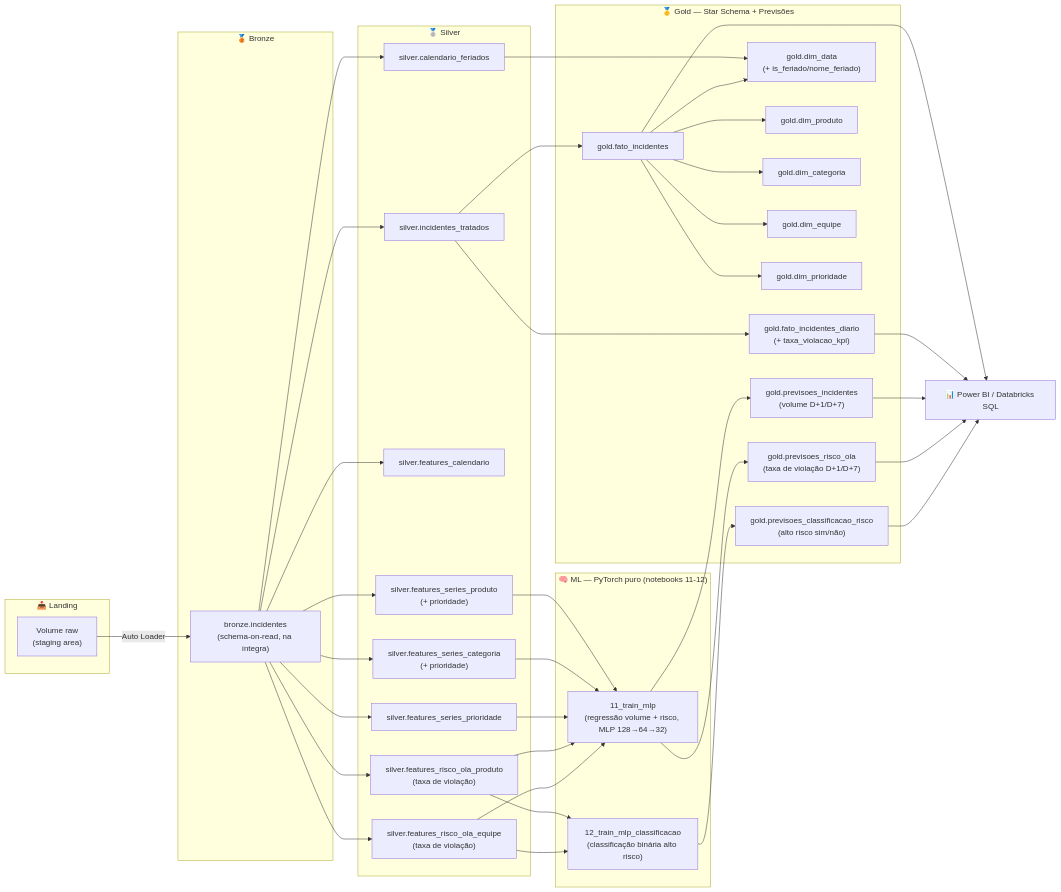
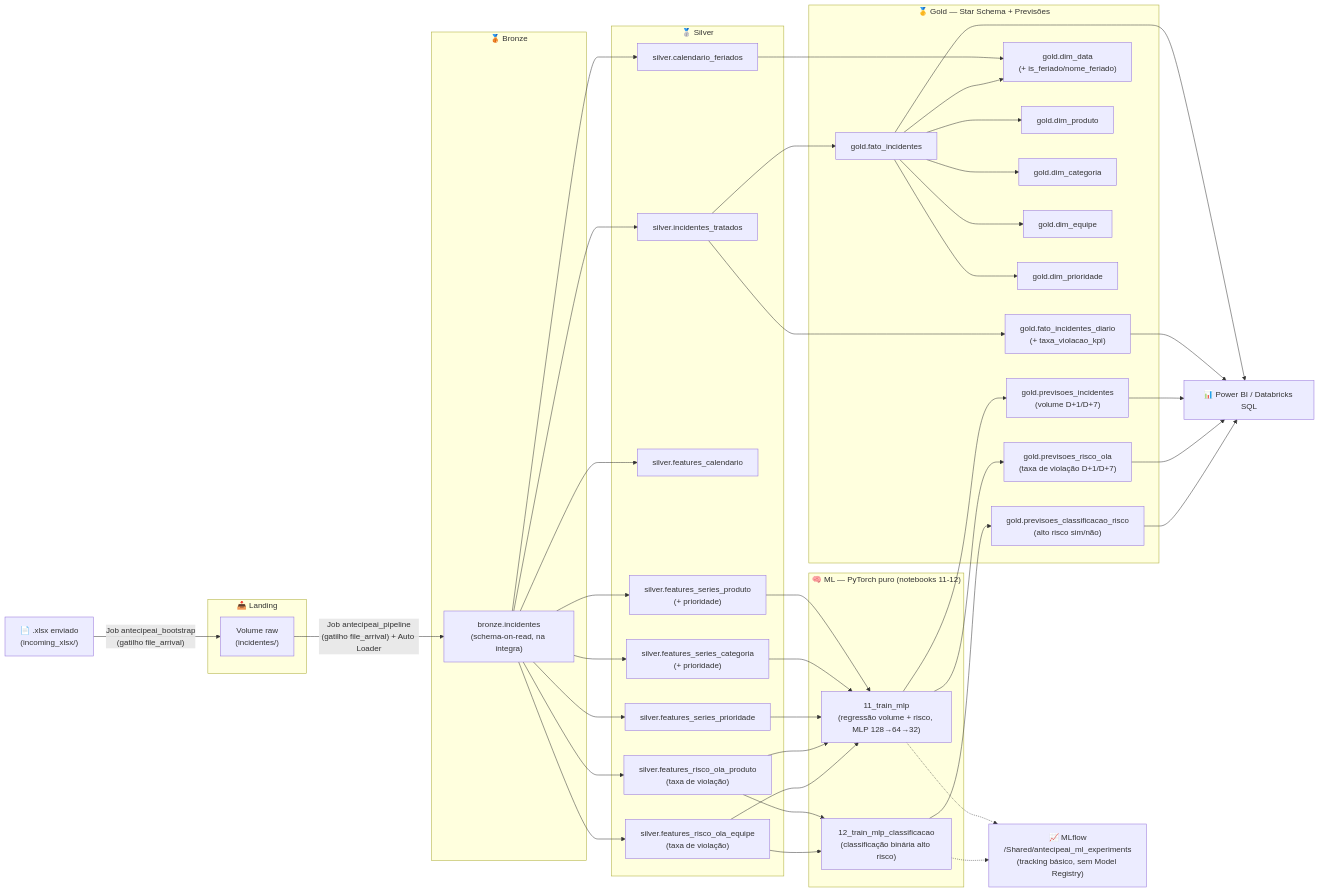
One commit to carlosclaudinolima/antecipeai changed the diagram in README.md. Above: the diagram before and after it, drawn with Mermaid. The commit also changed other lines of this file and 1 other file, not shown here.

````diff
--- a/README.md
+++ b/README.md
@@ -60,66 +60,73 @@
 ```mermaid
 flowchart LR
+    XLSX["📄 .xlsx enviado<br/>(incoming_xlsx/)"]
+
     subgraph Landing["📥 Landing"]
-        V["Volume raw<br/>(staging area)"]
+        V["Volume raw<br/>(incidentes/)"]
     end
 
     subgraph Bronze["🥉 Bronze"]
         B["bronze.incidentes<br/>(schema-on-read, na íntegra)"]
     end
 
     subgraph Silver["🥈 Silver"]
         S1["silver.incidentes_tratados"]
         S2["silver.calendario_feriados"]
         S3["silver.features_calendario"]
         S4["silver.features_series_produto<br/>(+ prioridade)"]
         S5["silver.features_series_categoria<br/>(+ prioridade)"]
         S6["silver.features_series_prioridade"]
         S7["silver.features_risco_ola_produto<br/>(taxa de violação)"]
         S8["silver.features_risco_ola_equipe<br/>(taxa de violação)"]
     end
 
     subgraph ML["🧠 ML — PyTorch puro (notebooks 11-12)"]
         M1["11_train_mlp<br/>(regressão volume + risco, MLP 128→64→32)"]
         M2["12_train_mlp_classificacao<br/>(classificação binária alto risco)"]
     end
 
+    MLFLOW["📈 MLflow<br/>/Shared/antecipeai_ml_experiments<br/>(tracking básico, sem Model Registry)"]
+
     subgraph Gold["🥇 Gold — Star Schema + Previsões"]
         F["gold.fato_incidentes"]
         FA["gold.fato_incidentes_diario<br/>(+ taxa_violacao_kpi)"]
         D1["gold.dim_data<br/>(+ is_feriado/nome_feriado)"]
         D2["gold.dim_produto"]
         D3["gold.dim_categoria"]
         D4["gold.dim_equipe"]
         D5["gold.dim_prioridade"]
         GP["gold.previsoes_incidentes<br/>(volume D+1/D+7)"]
         GR["gold.previsoes_risco_ola<br/>(taxa de violação D+1/D+7)"]
         GC["gold.previsoes_classificacao_risco<br/>(alto risco sim/não)"]
     end
 
     BI["📊 Power BI / Databricks SQL"]
 
-    V -->|Auto Loader| B
+    XLSX -->|"Job antecipeai_bootstrap<br/>(gatilho file_arrival)"| V
+    V -->|"Job antecipeai_pipeline<br/>(gatilho file_arrival) + Auto Loader"| B
     B --> S1
     B --> S2
     B --> S3
     B --> S4
     B --> S5
     B --> S6
     B --> S7
     B --> S8
     S1 --> F
     S1 --> FA
     S2 --> D1
     S4 & S5 & S6 --> M1
     S7 & S8 --> M1
     S7 & S8 --> M2
+    M1 -.-> MLFLOW
+    M2 -.-> MLFLOW
     M1 --> GP
     M1 --> GR
     M2 --> GC
     F --> D1 & D2 & D3 & D4 & D5
     F --> BI
     FA --> BI
     GP --> BI
     GR --> BI
     GC --> BI
 ```
````
